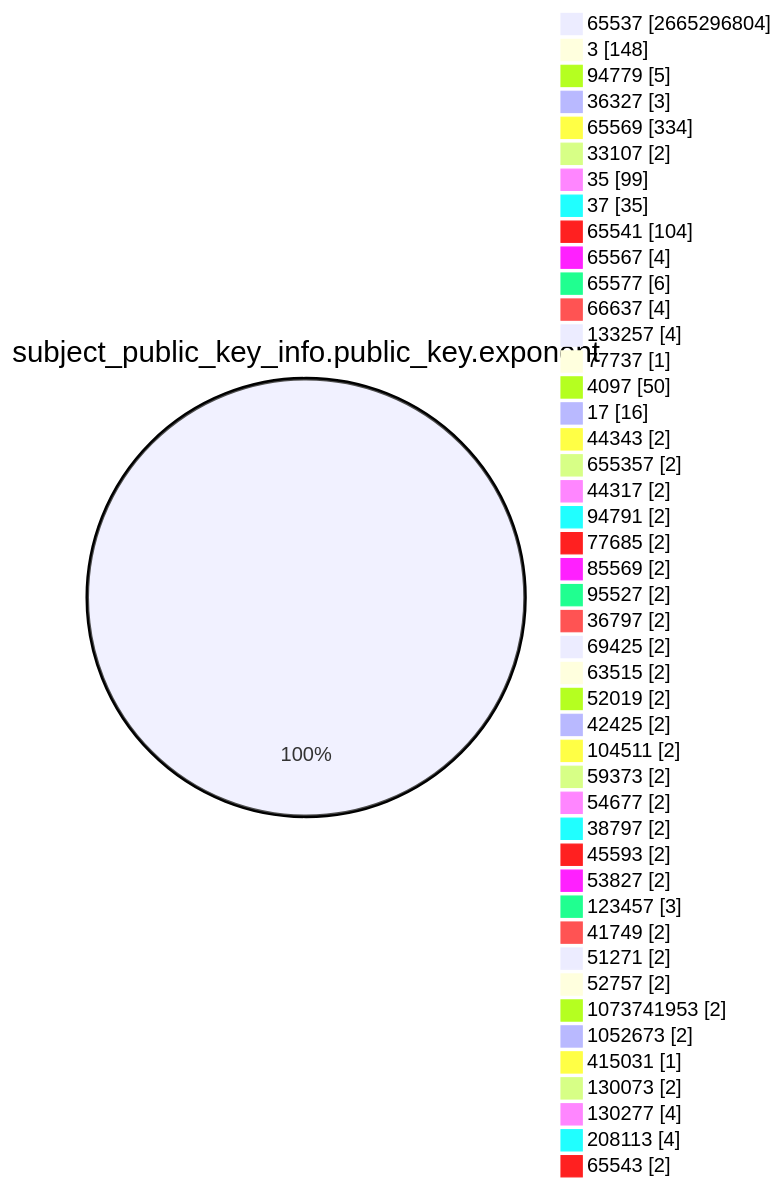
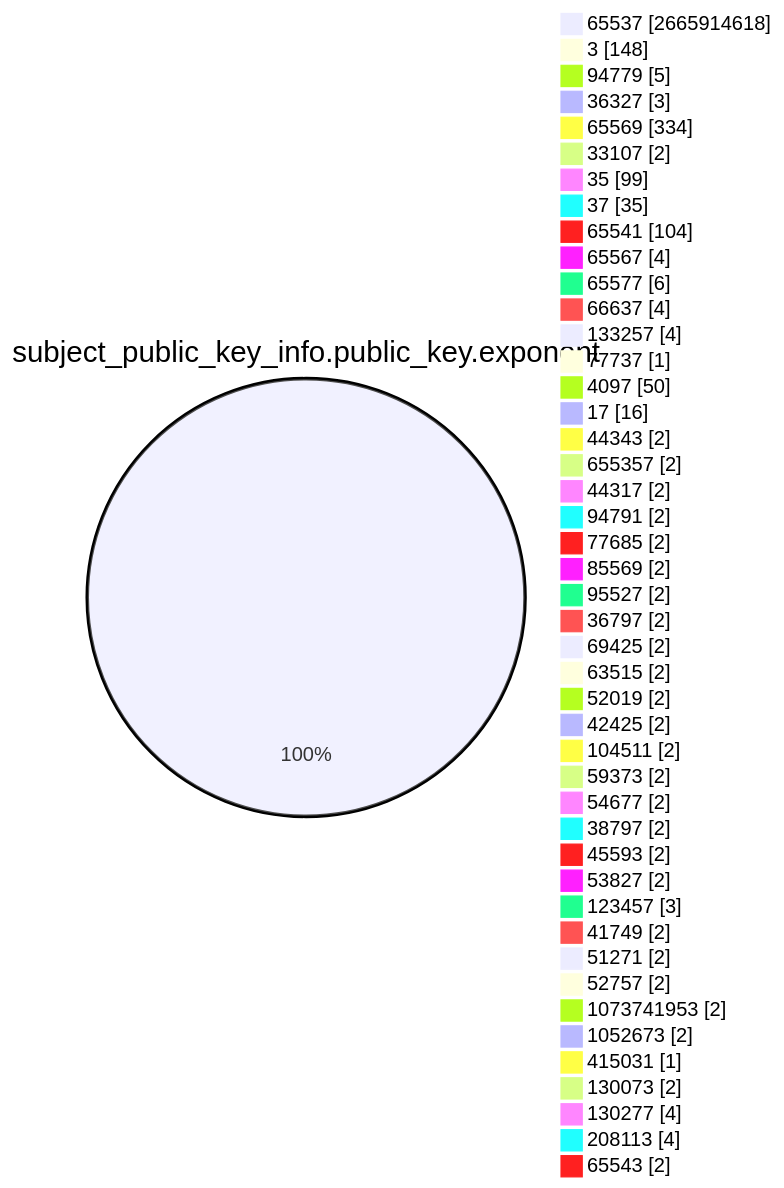
The fourth of 15 diagrams in TOTAL/README.md (christiankrug/ctmonitor_visualization), drawn with Mermaid before and after one commit. The commit also changed other lines of this file, not shown here.

````diff
--- a/TOTAL/README.md
+++ b/TOTAL/README.md
@@ -1466,49 +1466,49 @@
 ```mermaid
 pie showData
 title subject_public_key_info.public_key.exponent
-"65537" :2665296804
+"65537" :2665914618
 "3" :148
 "94779" :5
 "36327" :3
 "65569" :334
 "33107" :2
 "35" :99
 "37" :35
 "65541" :104
 "65567" :4
 "65577" :6
 "66637" :4
 "133257" :4
 "77737" :1
 "4097" :50
 "17" :16
 "44343" :2
 "655357" :2
 "44317" :2
 "94791" :2
 "77685" :2
 "85569" :2
 "95527" :2
 "36797" :2
 "69425" :2
 "63515" :2
 "52019" :2
 "42425" :2
 "104511" :2
 "59373" :2
 "54677" :2
 "38797" :2
 "45593" :2
 "53827" :2
 "123457" :3
 "41749" :2
 "51271" :2
 "52757" :2
 "1073741953" :2
 "1052673" :2
 "415031" :1
 "130073" :2
 "130277" :4
 "208113" :4
 "65543" :2
 ```
````
